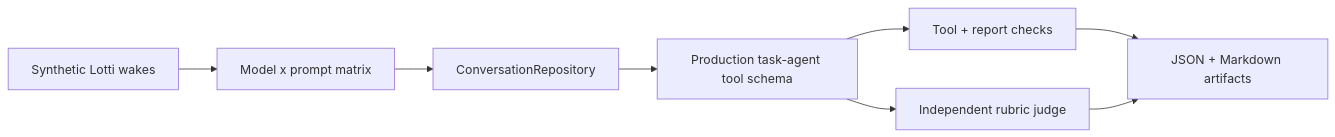
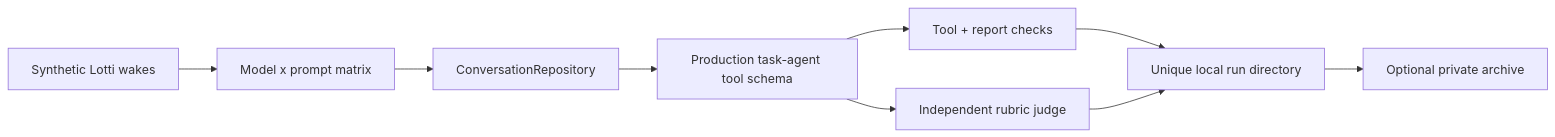
The fifth of 12 diagrams in lib/features/ai/README.md (matthiasn/lotti), drawn with Mermaid before and after one commit. The commit also changed other lines of this file and 22 other files, not shown here.

Commit message:
chore: move eval artifacts to private archive

````diff
--- a/lib/features/ai/README.md
+++ b/lib/features/ai/README.md
@@ -423,10 +426,11 @@
 ```mermaid
 flowchart LR
   Fixtures["Synthetic Lotti wakes"] --> Matrix["Model x prompt matrix"]
   Matrix --> Conversation["ConversationRepository"]
   Conversation --> Tools["Production task-agent tool schema"]
   Tools --> Deterministic["Tool + report checks"]
   Tools --> Judge["Independent rubric judge"]
-  Deterministic --> Artifacts["JSON + Markdown artifacts"]
+  Deterministic --> Artifacts["Unique local run directory"]
   Judge --> Artifacts
+  Artifacts --> Archive["Optional private archive"]
 ```
````
